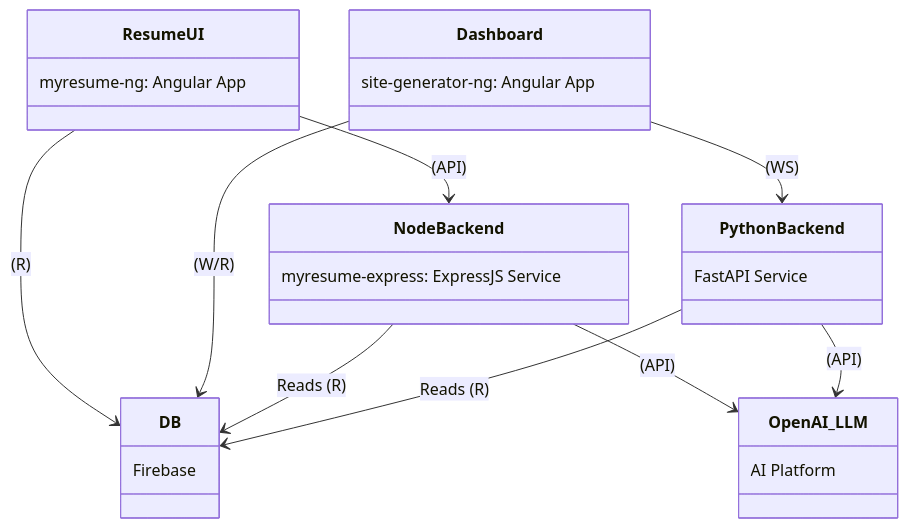
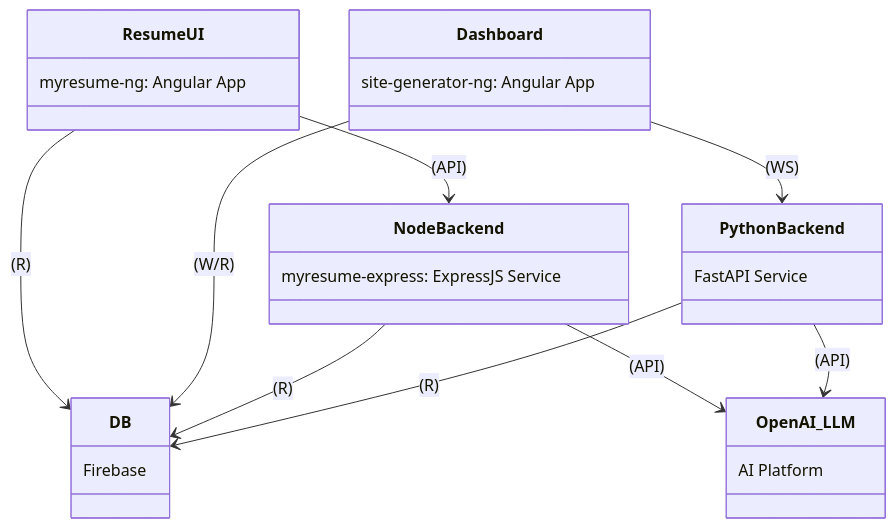
The diagram in README.md (thaer899/connectorzzz), drawn with Mermaid before and after one commit.

````diff
--- a/README.md
+++ b/README.md
@@ -24,34 +24,34 @@
 ```mermaid
 %%{init: {'theme': 'default'}}%%
 classDiagram
     class DB {
         Firebase
     }
     class ResumeUI {
         myresume-ng: Angular App
     }
     class Dashboard {
         site-generator-ng: Angular App
     }
     class NodeBackend {
         myresume-express: ExpressJS Service
     }
     class PythonBackend {
         FastAPI Service
     }
     class OpenAI_LLM {
         AI Platform
     }
 
     %% Connections
     ResumeUI --> DB : (R)
     Dashboard --> DB : (W/R)
     ResumeUI --> NodeBackend : (API)
-    NodeBackend --> DB : Reads (R)
+    NodeBackend --> DB : (R)
     NodeBackend --> OpenAI_LLM : (API)
     Dashboard --> PythonBackend : (WS)
-    PythonBackend --> DB : Reads (R)
+    PythonBackend --> DB : (R)
     PythonBackend --> OpenAI_LLM : (API)
 
 
 ```
````
